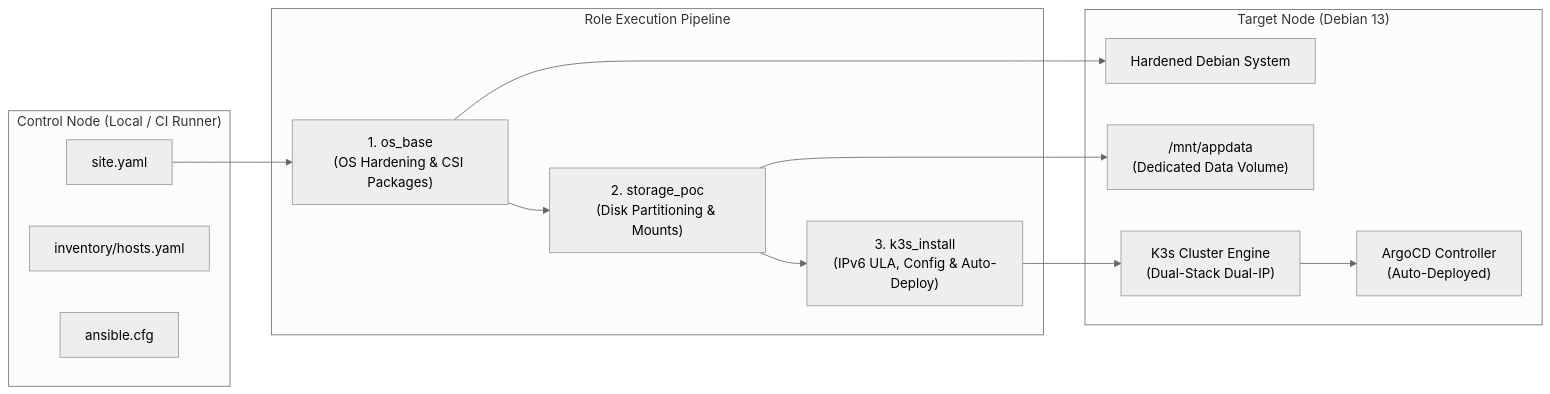
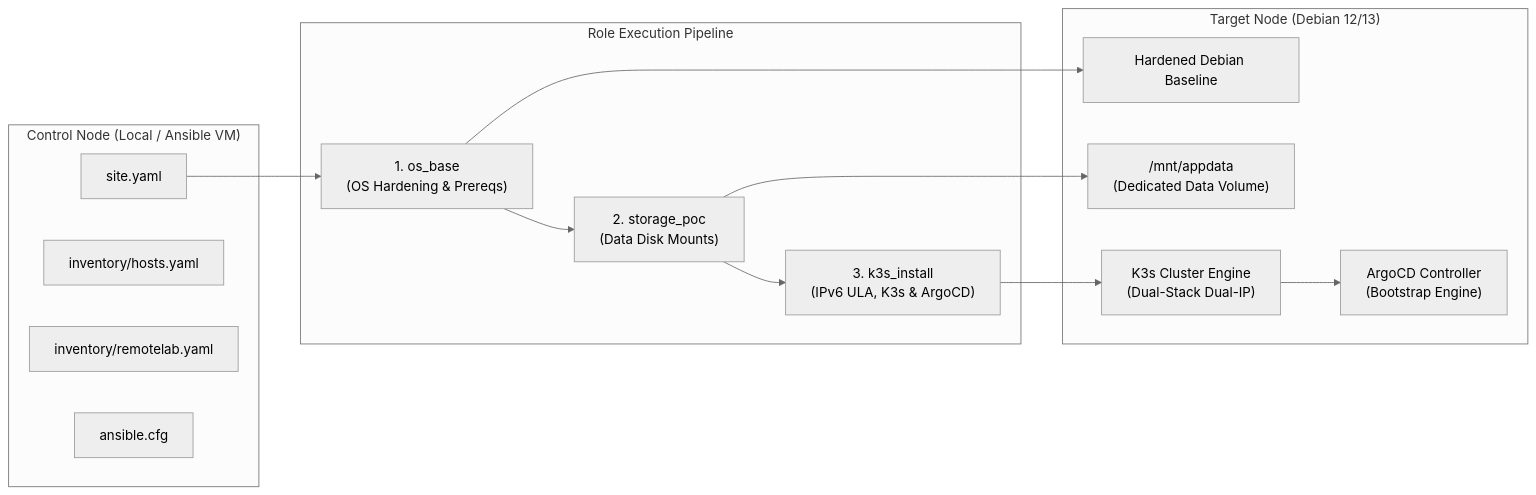
Before and after one commit to atrisko/k3s-homelab-migration: the diagram in docs/ansible.md, drawn with Mermaid (neutral theme). The commit also changed other lines of this file, not shown here.

Commit message:
docs(ansible): update documentation to reflect current project status

````diff
--- a/docs/ansible.md
+++ b/docs/ansible.md
@@ -11,27 +11,28 @@
 ```mermaid
 flowchart LR
-    subgraph ControlNode ["Control Node (Local / CI Runner)"]
+    subgraph ControlNode ["Control Node (Local / Ansible VM)"]
         Site["site.yaml"]
-        Inv["inventory/hosts.yaml"]
+        InvAWS["inventory/hosts.yaml"]
+        InvLab["inventory/remotelab.yaml"]
         Cfg["ansible.cfg"]
     end
 
     subgraph Pipeline ["Role Execution Pipeline"]
-        R1["1. os_base<br/>(OS Hardening & CSI Packages)"]
-        R2["2. storage_poc<br/>(Disk Partitioning & Mounts)"]
-        R3["3. k3s_install<br/>(IPv6 ULA, Config & Auto-Deploy)"]
+        R1["1. os_base<br/>(OS Hardening & Prereqs)"]
+        R2["2. storage_poc<br/>(Data Disk Mounts)"]
+        R3["3. k3s_install<br/>(IPv6 ULA, K3s & ArgoCD)"]
     end
 
-    subgraph TargetNode ["Target Node (Debian 13)"]
-        Base["Hardened Debian System"]
+    subgraph TargetNode ["Target Node (Debian 12/13)"]
+        Base["Hardened Debian Baseline"]
         DataVol["/mnt/appdata<br/>(Dedicated Data Volume)"]
         K3s["K3s Cluster Engine<br/>(Dual-Stack Dual-IP)"]
-        Argo["ArgoCD Controller<br/>(Auto-Deployed)"]
+        Argo["ArgoCD Controller<br/>(Bootstrap Engine)"]
     end
 
     Site --> R1 --> R2 --> R3
     R1 --> Base
     R2 --> DataVol
     R3 --> K3s
     K3s --> Argo
 ```
````
